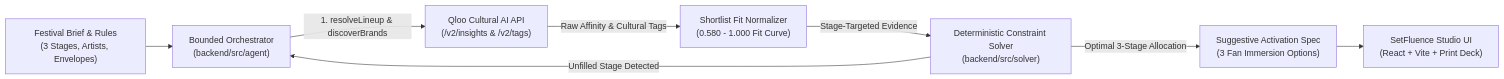
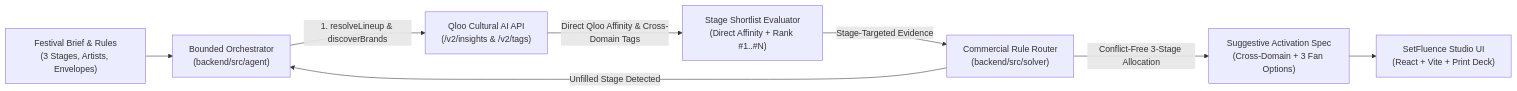
One commit to Sebas3027/SetFluence changed the diagram in README.md. Above: the diagram before and after it, drawn with Mermaid. The commit also changed other lines of this file and 3 other files, not shown here.

````diff
--- a/README.md
+++ b/README.md
@@ -41,10 +41,10 @@
 ```mermaid
 flowchart LR
   Brief["Festival Brief & Rules\n(3 Stages, Artists, Envelopes)"] --> Agent["Bounded Orchestrator\n(backend/src/agent)"]
   Agent -->|1. resolveLineup & discoverBrands| Qloo["Qloo Cultural AI API\n(/v2/insights & /v2/tags)"]
-  Qloo -->|Raw Affinity & Cultural Tags| Scoring["Shortlist Fit Normalizer\n(0.580 - 1.000 Fit Curve)"]
-  Scoring -->|Stage-Targeted Evidence| Solver["Deterministic Constraint Solver\n(backend/src/solver)"]
+  Qloo -->|Direct Qloo Affinity & Cross-Domain Tags| Scoring["Stage Shortlist Evaluator\n(Direct Affinity + Rank #1..#N)"]
+  Scoring -->|Stage-Targeted Evidence| Solver["Commercial Rule Router\n(backend/src/solver)"]
   Solver -->|Unfilled Stage Detected| Agent
-  Solver -->|Optimal 3-Stage Allocation| BriefSynth["Suggestive Activation Spec\n(3 Fan Immersion Options)"]
+  Solver -->|Conflict-Free 3-Stage Allocation| BriefSynth["Suggestive Activation Spec\n(Cross-Domain + 3 Fan Options)"]
   BriefSynth --> UI["SetFluence Studio UI\n(React + Vite + Print Deck)"]
 ```
````
